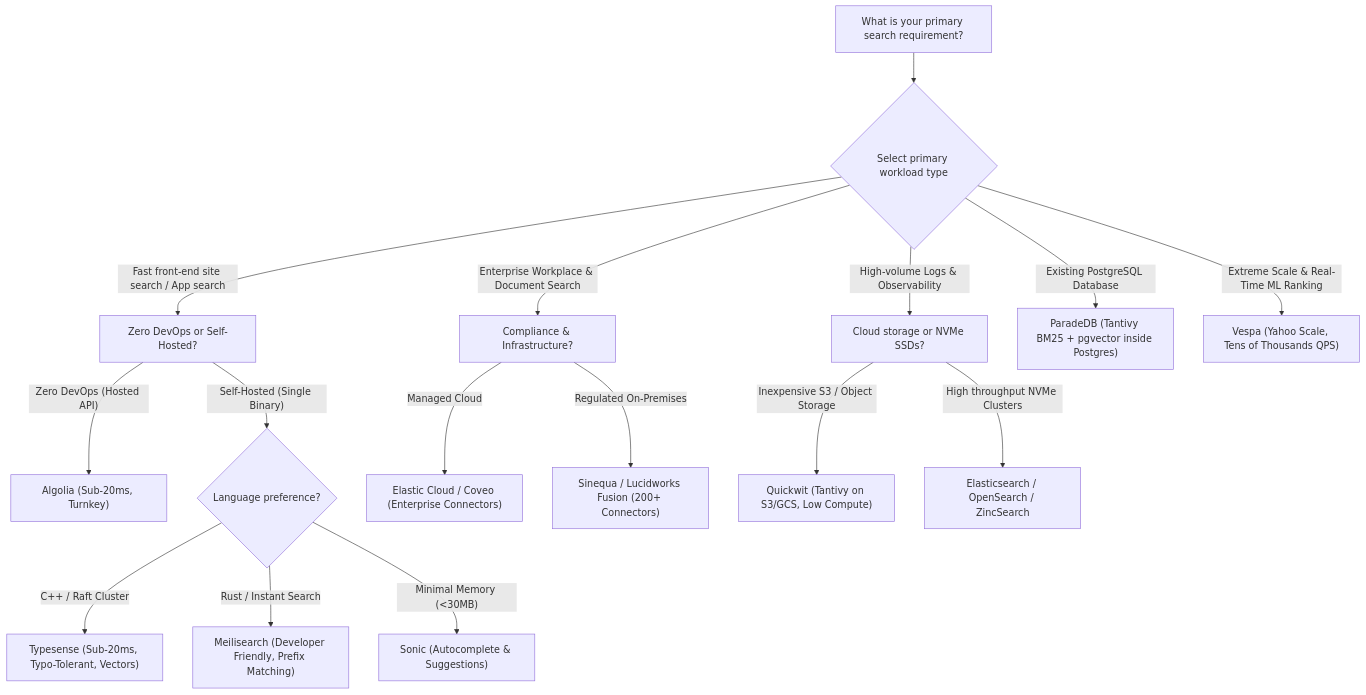
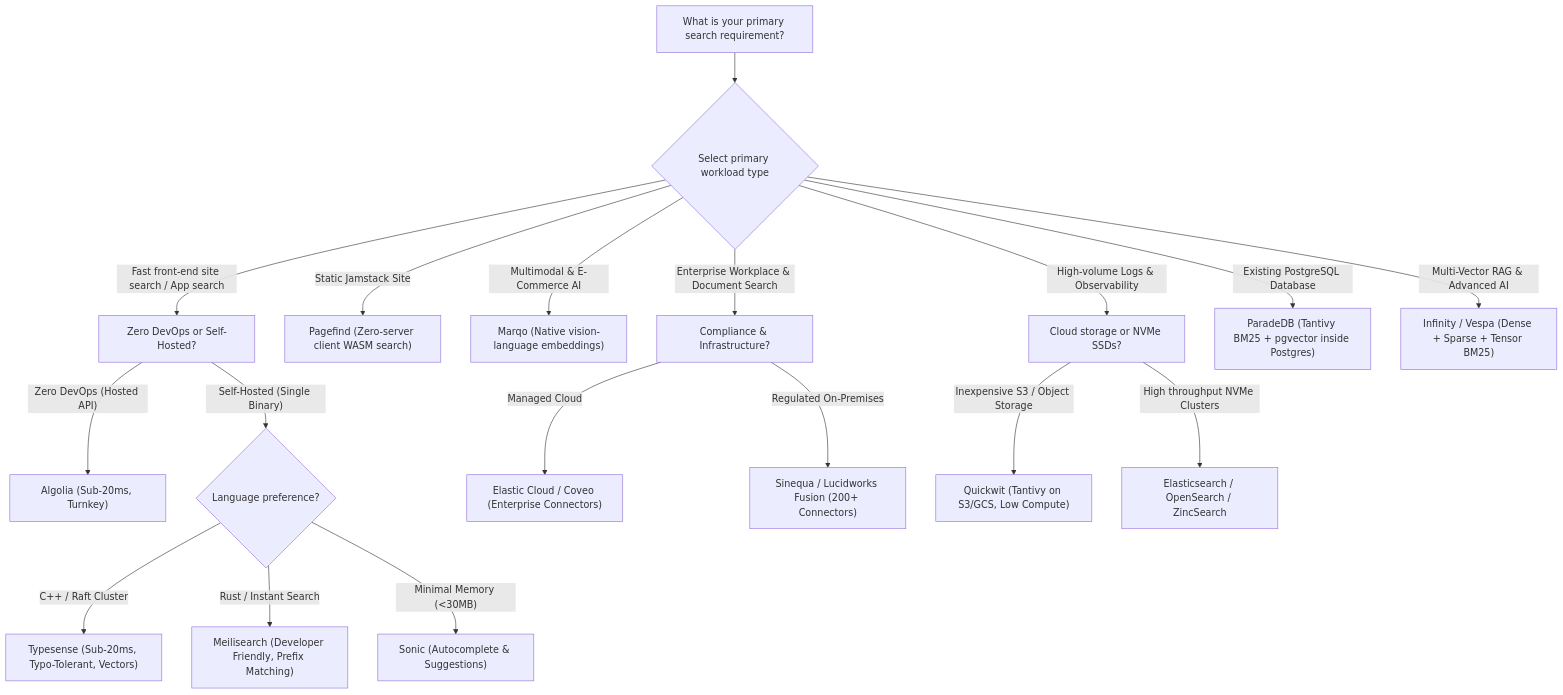
One commit to ishandutta2007/Awesome-Search-Engines changed the diagram in README.md. Above: the diagram before and after it, drawn with Mermaid. The commit also changed other lines of this file, not shown here.

````diff
--- a/README.md
+++ b/README.md
@@ -352,22 +420,25 @@
 ```mermaid
 flowchart TD
     Start["What is your primary search requirement?"] --> Workload{"Select primary workload type"}
     
     Workload -->|"Fast front-end site search / App search"| AppSearch["Zero DevOps or Self-Hosted?"]
     AppSearch -->|"Zero DevOps (Hosted API)"| Algolia["Algolia (Sub-20ms, Turnkey)"]
     AppSearch -->|"Self-Hosted (Single Binary)"| AppOSS{"Language preference?"}
     AppOSS -->|"C++ / Raft Cluster"| Typesense["Typesense (Sub-20ms, Typo-Tolerant, Vectors)"]
     AppOSS -->|"Rust / Instant Search"| Meilisearch["Meilisearch (Developer Friendly, Prefix Matching)"]
     AppOSS -->|"Minimal Memory (<30MB)"| Sonic["Sonic (Autocomplete & Suggestions)"]
 
+    Workload -->|"Static Jamstack Site"| PagefindGuide["Pagefind (Zero-server client WASM search)"]
+    Workload -->|"Multimodal & E-Commerce AI"| MarqoGuide["Marqo (Native vision-language embeddings)"]
+
     Workload -->|"Enterprise Workplace & Document Search"| EntSearch["Compliance & Infrastructure?"]
     EntSearch -->|"Managed Cloud"| ElasticCloud["Elastic Cloud / Coveo (Enterprise Connectors)"]
     EntSearch -->|"Regulated On-Premises"| Sinequa["Sinequa / Lucidworks Fusion (200+ Connectors)"]
 
     Workload -->|"High-volume Logs & Observability"| LogSearch["Cloud storage or NVMe SSDs?"]
     LogSearch -->|"Inexpensive S3 / Object Storage"| Quickwit["Quickwit (Tantivy on S3/GCS, Low Compute)"]
     LogSearch -->|"High throughput NVMe Clusters"| ElasticOpen["Elasticsearch / OpenSearch / ZincSearch"]
 
     Workload -->|"Existing PostgreSQL Database"| PostgresSearch["ParadeDB (Tantivy BM25 + pgvector inside Postgres)"]
-    Workload -->|"Extreme Scale & Real-Time ML Ranking"| Vespa["Vespa (Yahoo Scale, Tens of Thousands QPS)"]
+    Workload -->|"Multi-Vector RAG & Advanced AI"| InfinityGuide["Infinity / Vespa (Dense + Sparse + Tensor BM25)"]
 ```
````
